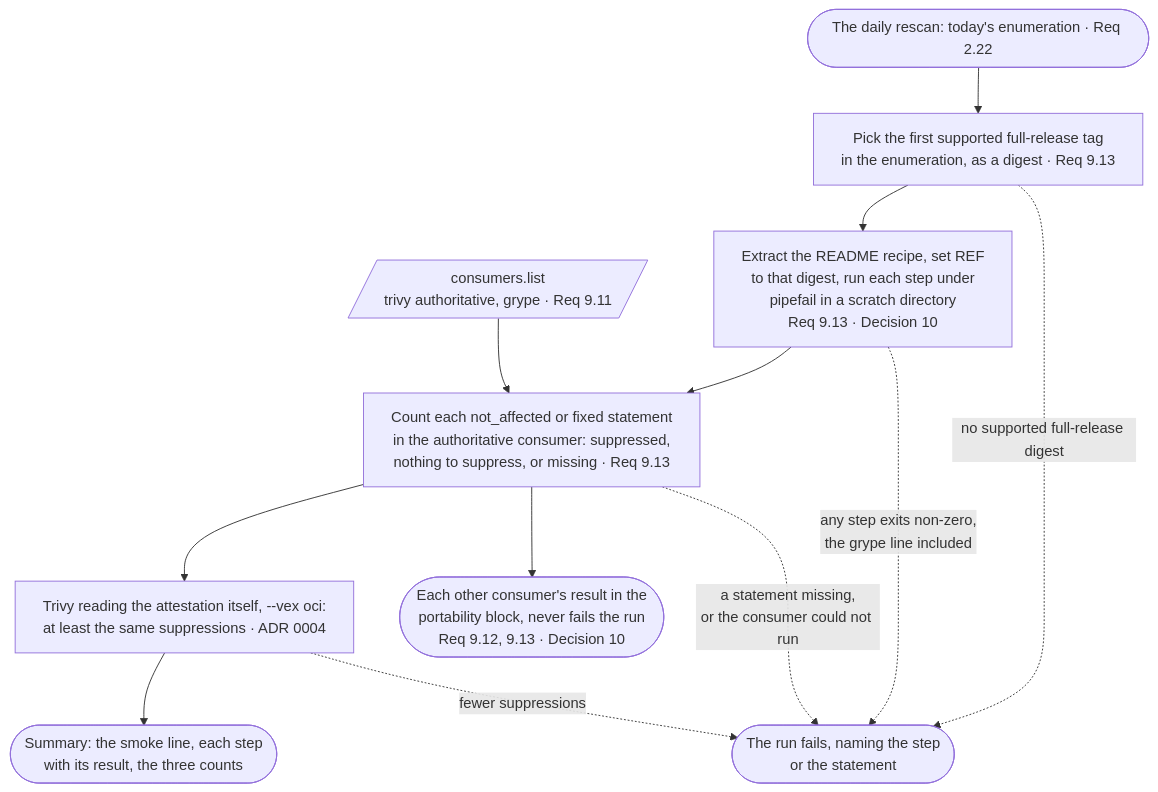
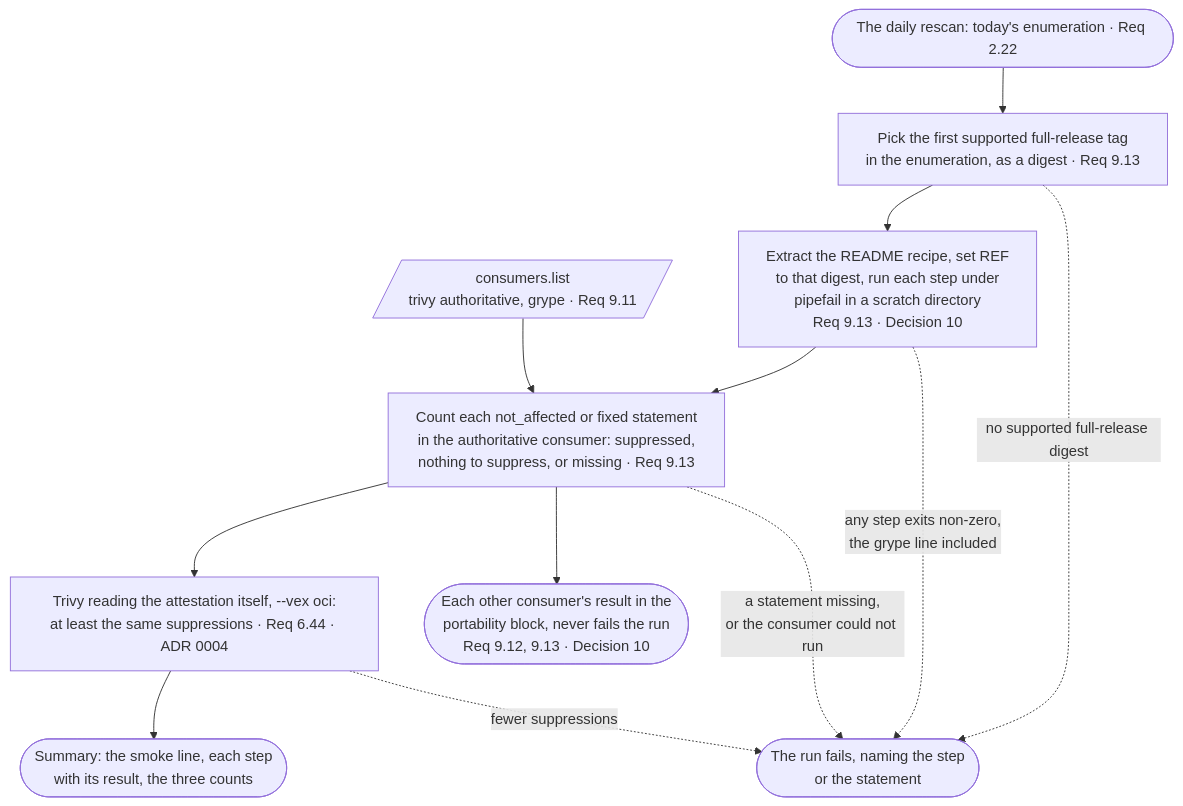
Diagram 31 of 31 in docs/lanes.md (mm-weber/dhc-pipeline), drawn with Mermaid before and after one commit. The commit also changed other lines of this file and 9 other files, not shown here.

````diff
--- a/docs/lanes.md
+++ b/docs/lanes.md
@@ -1145,20 +1145,20 @@
 ```mermaid
 %%{init: {"flowchart": {"wrappingWidth": 340}}}%%
 flowchart TB
     IN(["The daily rescan: today's enumeration · Req 2.22"])
     CON[/"consumers.list<br/>trivy authoritative, grype · Req 9.11"/]
     PICK["Pick the first supported full-release tag<br/>in the enumeration, as a digest · Req 9.13"]
     RUN["Extract the README recipe, set REF<br/>to that digest, run each step under<br/>pipefail in a scratch directory<br/>Req 9.13 · Decision 10"]
     SUP["Count each not_affected or fixed statement<br/>in the authoritative consumer: suppressed,<br/>nothing to suppress, or missing · Req 9.13"]
-    OCI["Trivy reading the attestation itself, --vex oci:<br/>at least the same suppressions · ADR 0004"]
+    OCI["Trivy reading the attestation itself, --vex oci:<br/>at least the same suppressions · Req 6.44 · ADR 0004"]
     OTH(["Each other consumer's result in the<br/>portability block, never fails the run<br/>Req 9.12, 9.13 · Decision 10"])
     OK(["Summary: the smoke line, each step<br/>with its result, the three counts"])
     RED(["The run fails, naming the step<br/>or the statement"])
     IN --> PICK --> RUN --> SUP --> OCI --> OK
     CON --> SUP
     SUP --> OTH
     PICK -.->|no supported full-release digest| RED
     RUN -.->|any step exits non-zero,<br/>the grype line included| RED
     SUP -.->|a statement missing,<br/>or the consumer could not run| RED
     OCI -.->|fewer suppressions| RED
 ```
````
